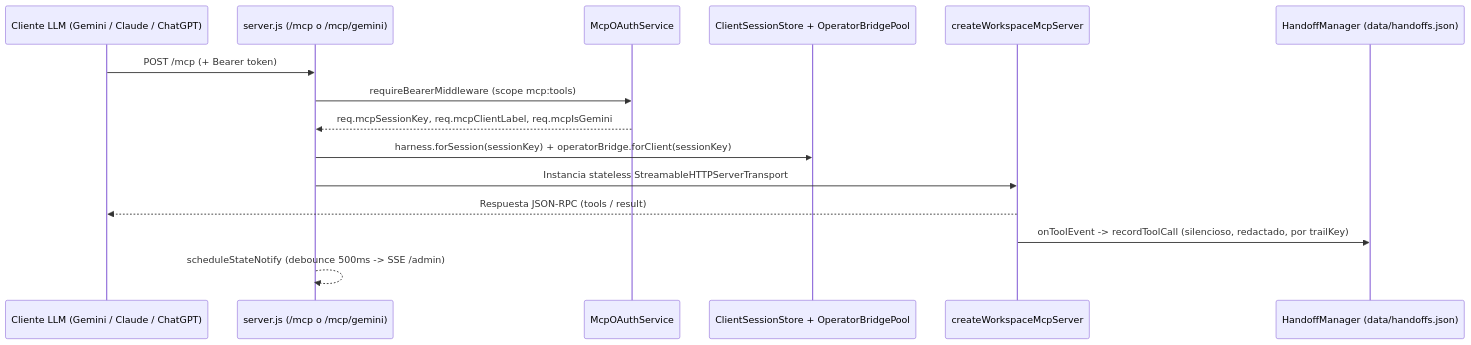
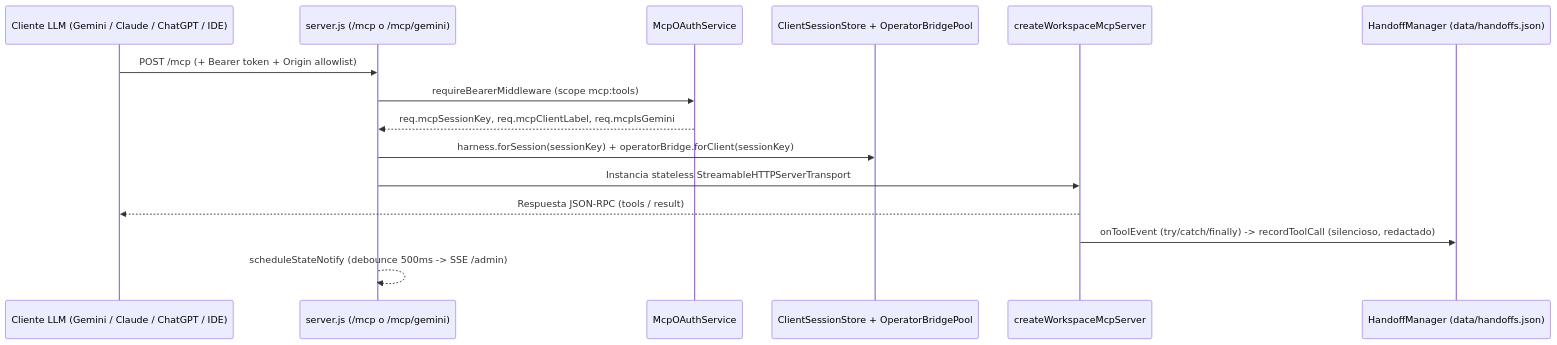
The diagram in docs/ARQUITECTURA.md (ViSchock66/PC-Operator-MCP), drawn with Mermaid before and after one commit. The commit also changed other lines of this file and 3 other files, not shown here.

Commit message:
docs: add bilingual README (EN/ES), IDE snippets, bundled skills guide, and update architecture

````diff
--- a/docs/ARQUITECTURA.md
+++ b/docs/ARQUITECTURA.md
@@ -31,18 +36,18 @@
 ```mermaid
 sequenceDiagram
-  participant Client as Cliente LLM (Gemini / Claude / ChatGPT)
+  participant Client as Cliente LLM (Gemini / Claude / ChatGPT / IDE)
   participant Express as server.js (/mcp o /mcp/gemini)
   participant Auth as McpOAuthService
   participant Store as ClientSessionStore + OperatorBridgePool
   participant MCP as createWorkspaceMcpServer
   participant Handoff as HandoffManager (data/handoffs.json)
 
-  Client->>Express: POST /mcp (+ Bearer token)
+  Client->>Express: POST /mcp (+ Bearer token + Origin allowlist)
   Express->>Auth: requireBearerMiddleware (scope mcp:tools)
   Auth-->>Express: req.mcpSessionKey, req.mcpClientLabel, req.mcpIsGemini
   Express->>Store: harness.forSession(sessionKey) + operatorBridge.forClient(sessionKey)
   Express->>MCP: Instancia stateless StreamableHTTPServerTransport
   MCP-->>Client: Respuesta JSON-RPC (tools / result)
-  MCP->>Handoff: onToolEvent -> recordToolCall (silencioso, redactado, por trailKey)
+  MCP->>Handoff: onToolEvent (try/catch/finally) -> recordToolCall (silencioso, redactado)
   Express-->>Express: scheduleStateNotify (debounce 500ms -> SSE /admin)
 ```
````
